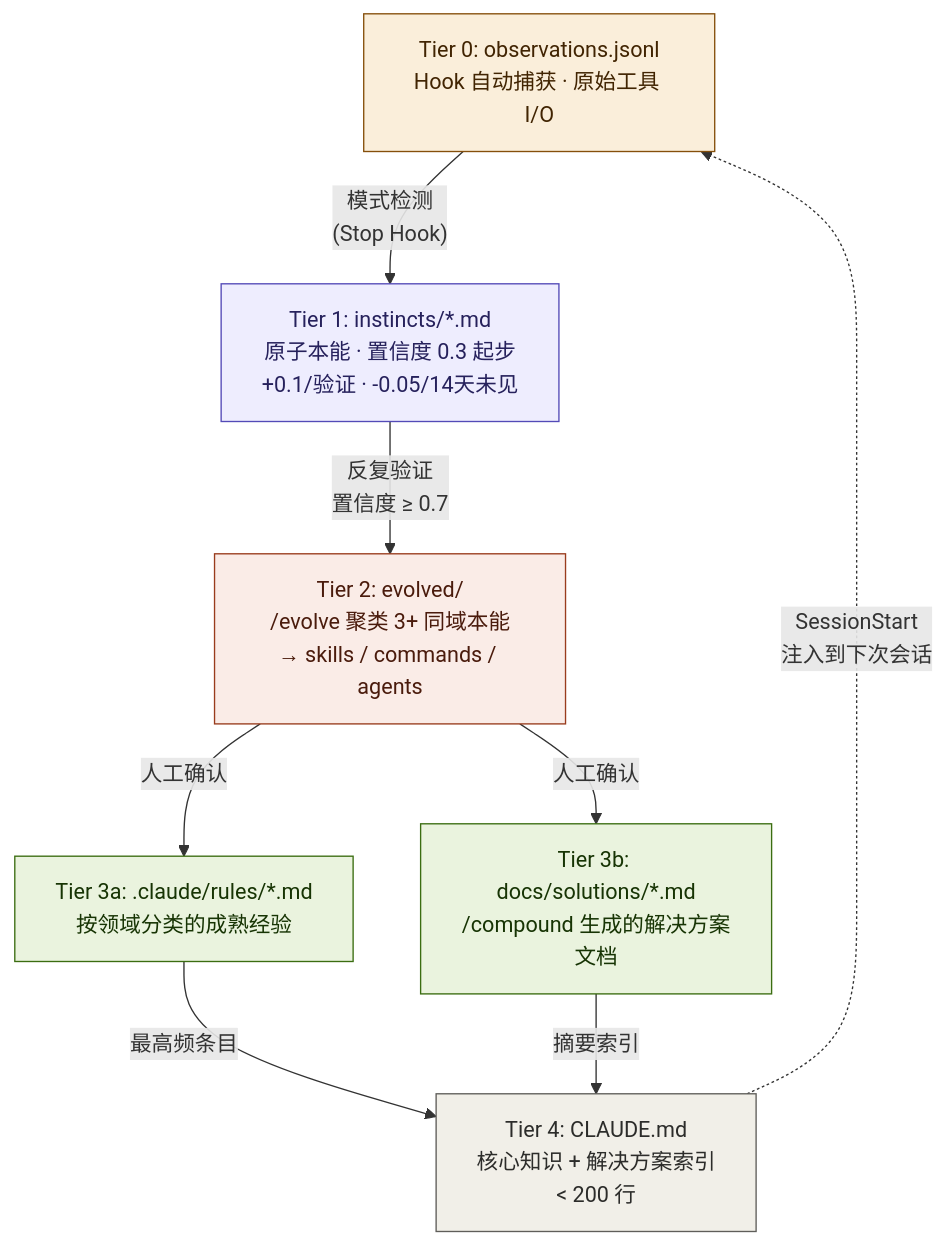
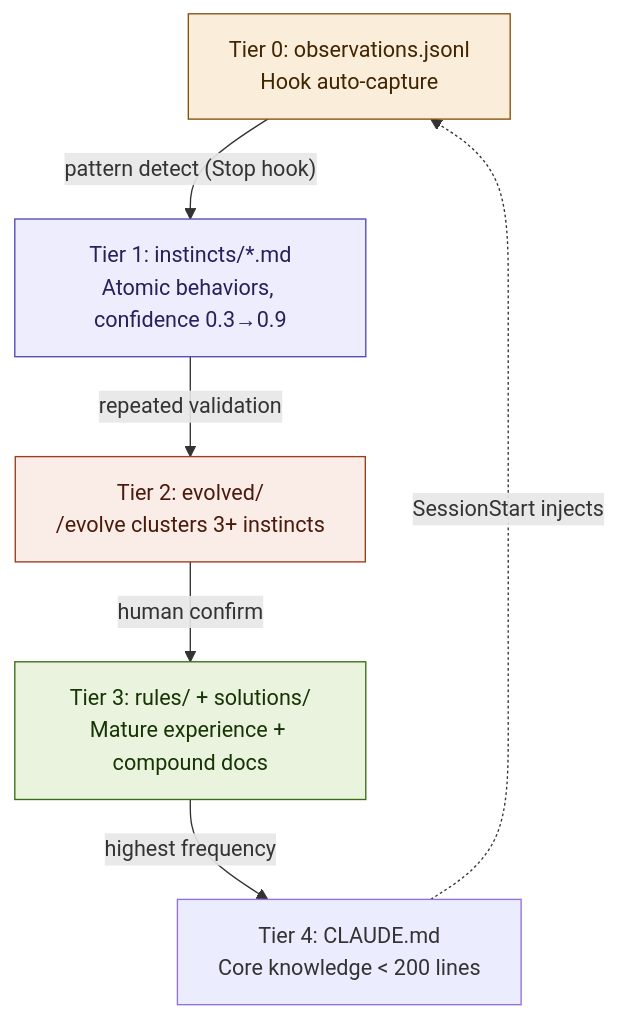
The third of 5 diagrams in README.md (songuu/tech-persistence), drawn with Mermaid before and after one commit. The commit also changed other lines of this file and 29 other files, not shown here.

````diff
--- a/README.md
+++ b/README.md
@@ -176,25 +98,19 @@
 ```mermaid
 flowchart TD
-    T0["Tier 0: observations.jsonl\nHook 自动捕获 · 原始工具 I/O"]
-    T1["Tier 1: instincts/*.md\n原子本能 · 置信度 0.3 起步\n+0.1/验证 · -0.05/14天未见"]
-    T2["Tier 2: evolved/\n/evolve 聚类 3+ 同域本能\n→ skills / commands / agents"]
-    T3A["Tier 3a: .claude/rules/*.md\n按领域分类的成熟经验"]
-    T3B["Tier 3b: docs/solutions/*.md\n/compound 生成的解决方案文档"]
-    T4["Tier 4: CLAUDE.md\n核心知识 + 解决方案索引\n&lt; 200 行"]
+    T0["Tier 0: observations.jsonl\nHook auto-capture"]
+    T1["Tier 1: instincts/*.md\nAtomic behaviors, confidence 0.3→0.9"]
+    T2["Tier 2: evolved/\n/evolve clusters 3+ instincts"]
+    T3["Tier 3: rules/ + solutions/\nMature experience + compound docs"]
+    T4["Tier 4: CLAUDE.md\nCore knowledge < 200 lines"]
 
-    T0 -->|"模式检测\n(Stop Hook)"| T1
-    T1 -->|"反复验证\n置信度 ≥ 0.7"| T2
-    T2 -->|"人工确认"| T3A
-    T2 -->|"人工确认"| T3B
-    T3A -->|"最高频条目"| T4
-    T3B -->|"摘要索引"| T4
-
-    T4 -.->|"SessionStart\n注入到下次会话"| T0
+    T0 -->|"pattern detect (Stop hook)"| T1
+    T1 -->|"repeated validation"| T2
+    T2 -->|"human confirm"| T3
+    T3 -->|"highest frequency"| T4
+    T4 -.->|"SessionStart injects"| T0
 
     style T0 fill:#FAEEDA,stroke:#854F0B,color:#412402
     style T1 fill:#EEEDFE,stroke:#534AB7,color:#26215C
     style T2 fill:#FAECE7,stroke:#993C1D,color:#4A1B0C
-    style T3A fill:#EAF3DE,stroke:#3B6D11,color:#173404
-    style T3B fill:#EAF3DE,stroke:#3B6D11,color:#173404
-    style T4 fill:#F1EFE8,stroke:#5F5E5A,color:#2C2C2A
+    style T3 fill:#EAF3DE,stroke:#3B6D11,color:#173404
 ```
````
